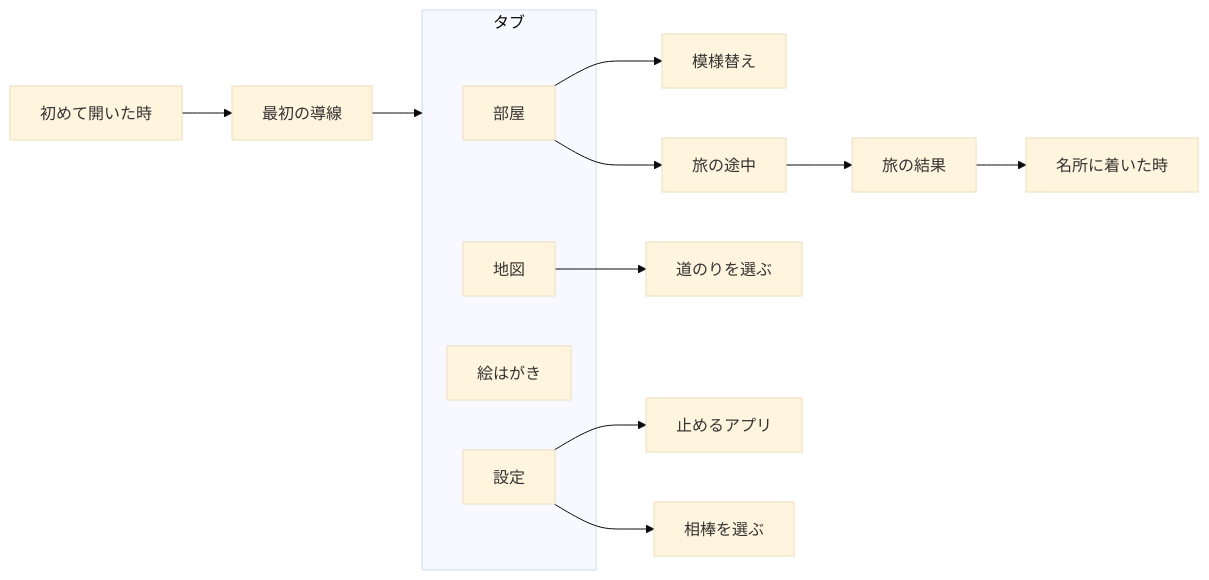
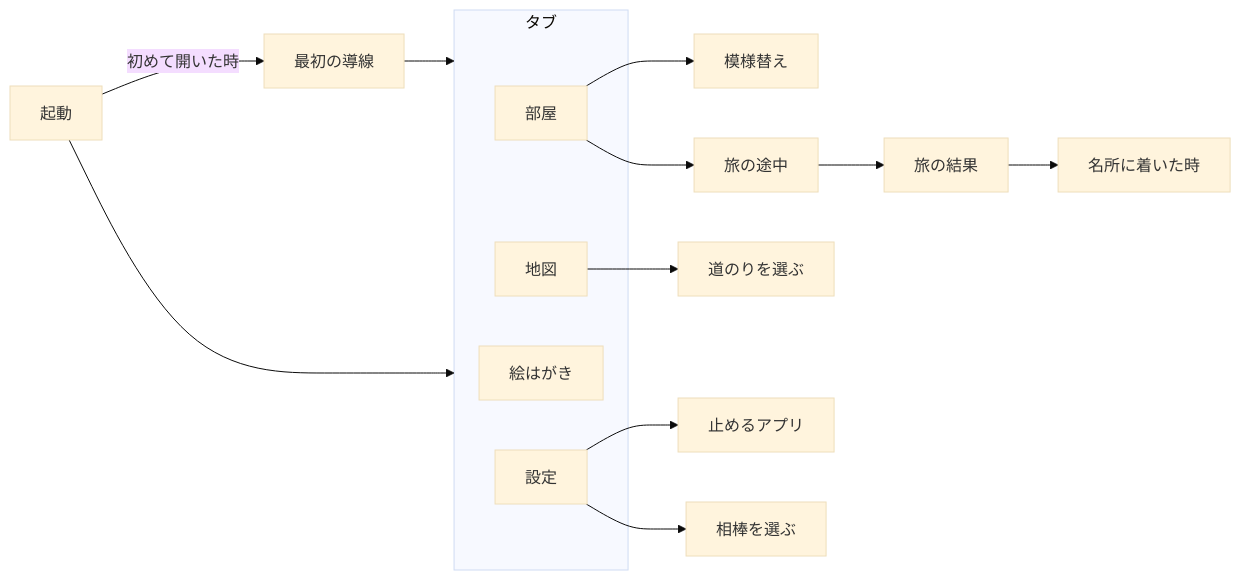
Before and after one commit to yossibank/unscroll: the diagram in docs/roadmap.md, drawn with Mermaid (base theme). The commit also changed other lines of this file and 18 other files, not shown here.

````diff
--- a/docs/roadmap.md
+++ b/docs/roadmap.md
@@ -38,18 +39,19 @@
 ```mermaid
 flowchart LR
-    first["初めて開いた時"] --> onboarding["最初の導線"]
+    launch["起動"] -->|初めて開いた時| onboarding["最初の導線"]
+    launch --> tabs
     onboarding --> tabs
     subgraph tabs["タブ"]
         room["部屋"]
         map["地図"]
         album["絵はがき"]
         set["設定"]
     end
     room --> decor["模様替え"]
     map --> routes["道のりを選ぶ"]
     room --> trip["旅の途中"]
     trip --> result["旅の結果"]
     result --> arrive["名所に着いた時"]
     set --> pick["止めるアプリ"]
     set --> companion["相棒を選ぶ"]
 ```
````
